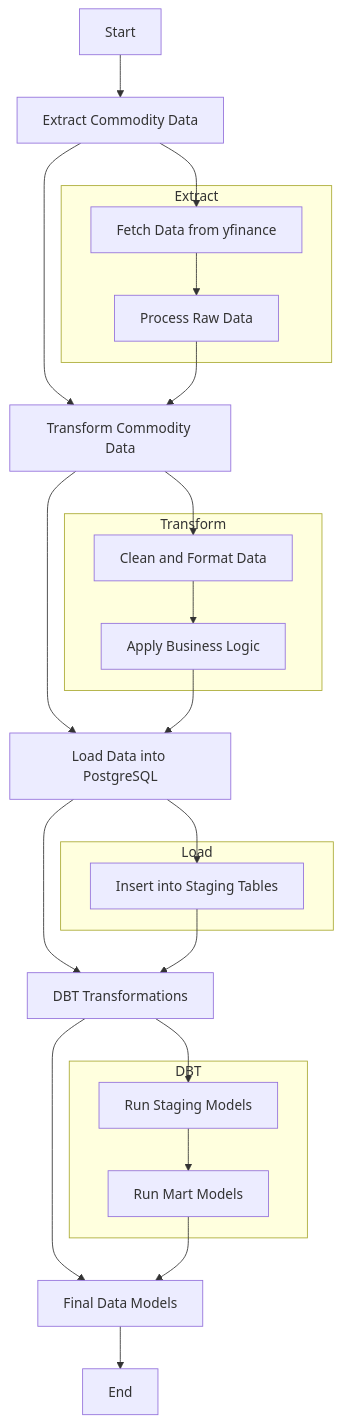
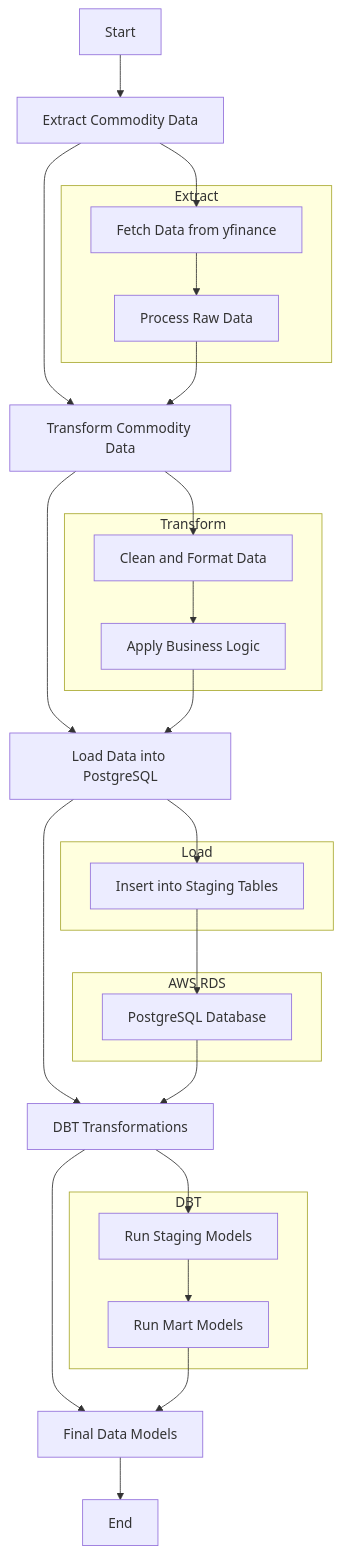
Before and after one commit to R-midolli/ETL_Commodities: the diagram in README.md, drawn with Mermaid. The commit also changed other lines of this file, not shown here.

````diff
--- a/README.md
+++ b/README.md
@@ -7,40 +7,45 @@
 ```mermaid
 graph TD
 A[Start] --> B[Extract Commodity Data]
 B --> C[Transform Commodity Data]
 C --> D[Load Data into PostgreSQL]
 D --> E[DBT Transformations]
 E --> F[Final Data Models]
 F --> G[End]
 
     subgraph Extract
         B1[Fetch Data from yfinance]
         B2[Process Raw Data]
     end
 
     subgraph Transform
         C1[Clean and Format Data]
         C2[Apply Business Logic]
     end
 
     subgraph Load
         D1[Insert into Staging Tables]
     end
 
     subgraph DBT
         E1[Run Staging Models]
         E2[Run Mart Models]
     end
 
+    subgraph "AWS RDS"
+        H[PostgreSQL Database]
+    end
+
     B --> B1
     B1 --> B2
     B2 --> C
     C --> C1
     C1 --> C2
     C2 --> D
     D --> D1
-    D1 --> E
+    D1 --> H
+    H --> E
     E --> E1
     E1 --> E2
     E2 --> F
 ```
````
